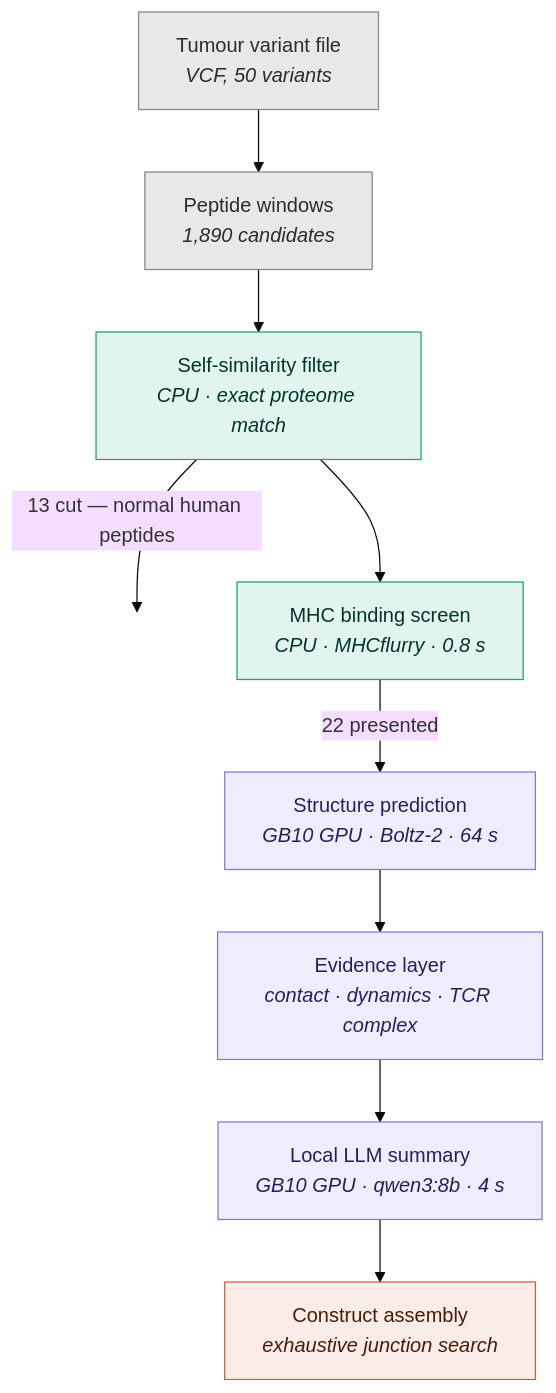
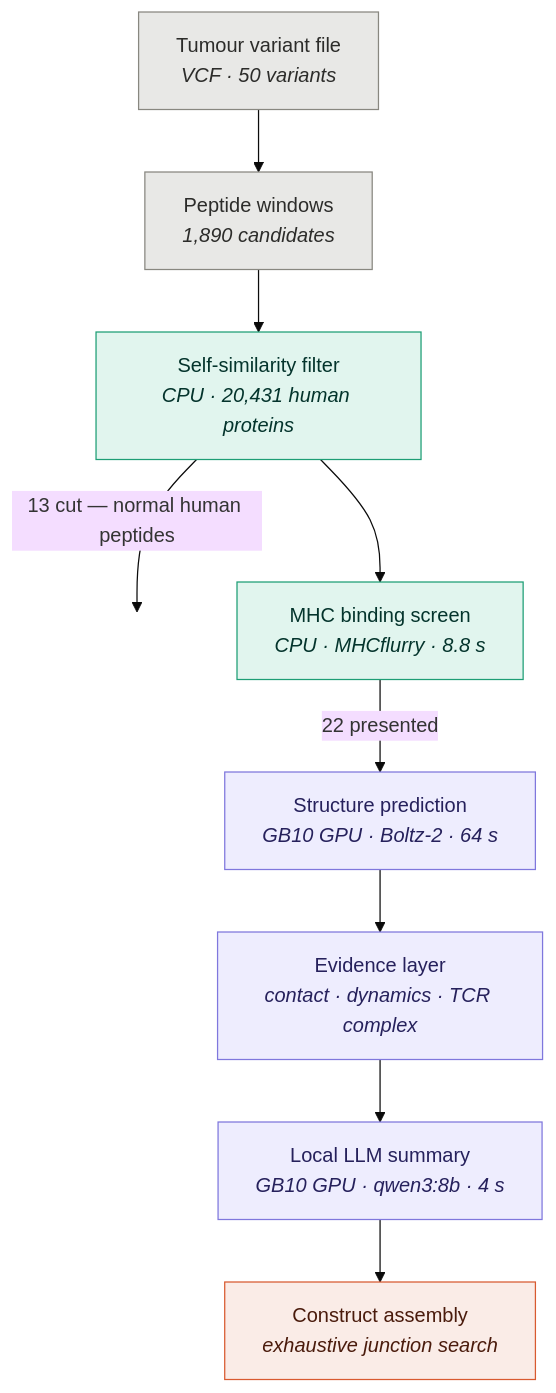
Before and after one commit to nitishsjsucs/neofold-edge: the second of 6 diagrams in README.md, drawn with Mermaid (base theme). The commit also changed other lines of this file and 11 other files, not shown here.

First line of the commit message:
README with reproducible screenshots, and a figure mode to generate them

````diff
--- a/README.md
+++ b/README.md
@@ -62,21 +93,21 @@
 ```mermaid
 flowchart TD
-    A["Tumour variant file<br/><i>VCF, 50 variants</i>"] --> B["Peptide windows<br/><i>1,890 candidates</i>"]
-    B --> C["Self-similarity filter<br/><i>CPU · exact proteome match</i>"]
+    A["Tumour variant file<br/><i>VCF · 50 variants</i>"] --> B["Peptide windows<br/><i>1,890 candidates</i>"]
+    B --> C["Self-similarity filter<br/><i>CPU · 20,431 human proteins</i>"]
     C -->|"13 cut — normal human peptides"| X1[ ]
-    C --> D["MHC binding screen<br/><i>CPU · MHCflurry · 0.8 s</i>"]
+    C --> D["MHC binding screen<br/><i>CPU · MHCflurry · 8.8 s</i>"]
     D -->|"22 presented"| E["Structure prediction<br/><i>GB10 GPU · Boltz-2 · 64 s</i>"]
     E --> F["Evidence layer<br/><i>contact · dynamics · TCR complex</i>"]
     F --> G["Local LLM summary<br/><i>GB10 GPU · qwen3:8b · 4 s</i>"]
     G --> H["Construct assembly<br/><i>exhaustive junction search</i>"]
 
     style X1 fill:none,stroke:none
     style A fill:#e8e8e6,stroke:#888780,color:#2c2c2a
     style B fill:#e8e8e6,stroke:#888780,color:#2c2c2a
     style C fill:#e1f5ee,stroke:#1d9e75,color:#04342c
     style D fill:#e1f5ee,stroke:#1d9e75,color:#04342c
     style E fill:#eeedfe,stroke:#7f77dd,color:#26215c
     style F fill:#eeedfe,stroke:#7f77dd,color:#26215c
     style G fill:#eeedfe,stroke:#7f77dd,color:#26215c
     style H fill:#faece7,stroke:#d85a30,color:#4a1b0c
 ```
````
